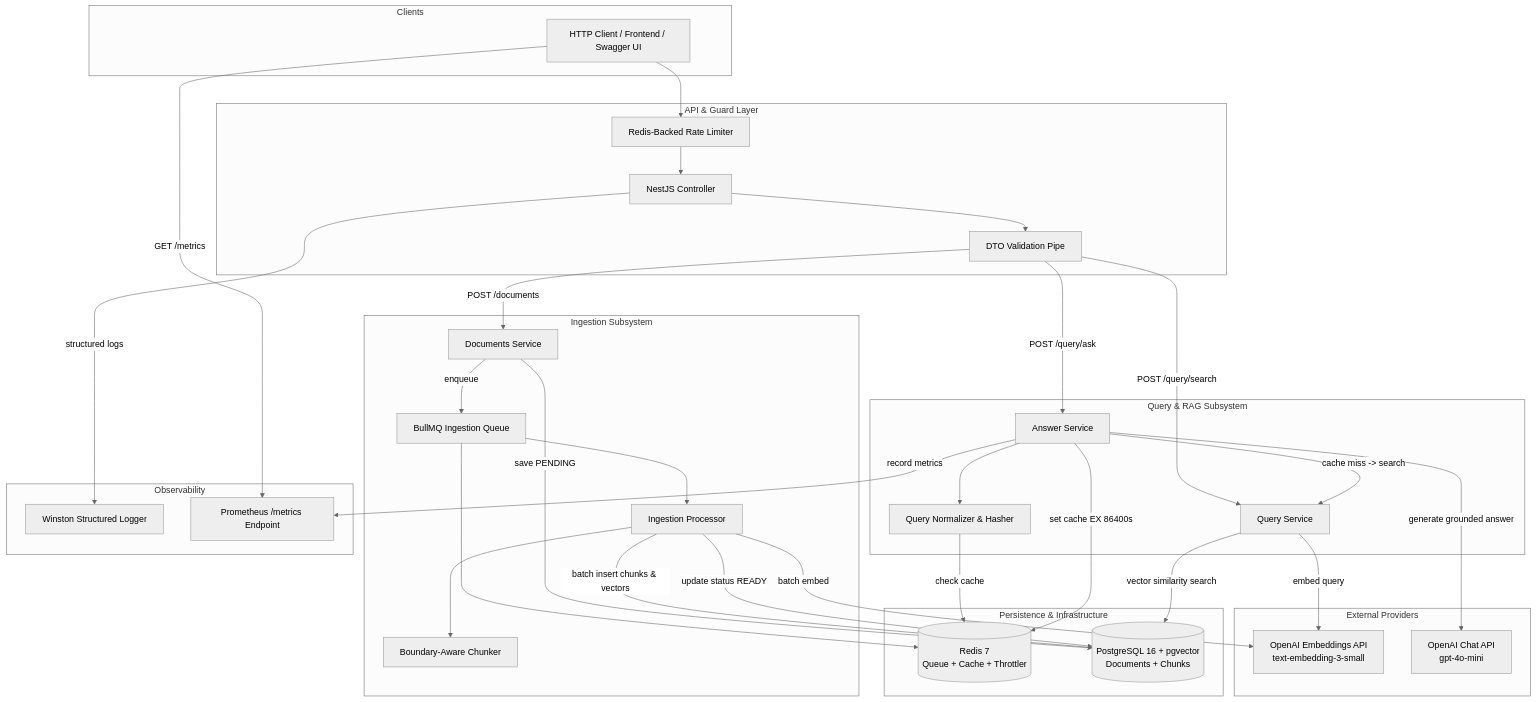
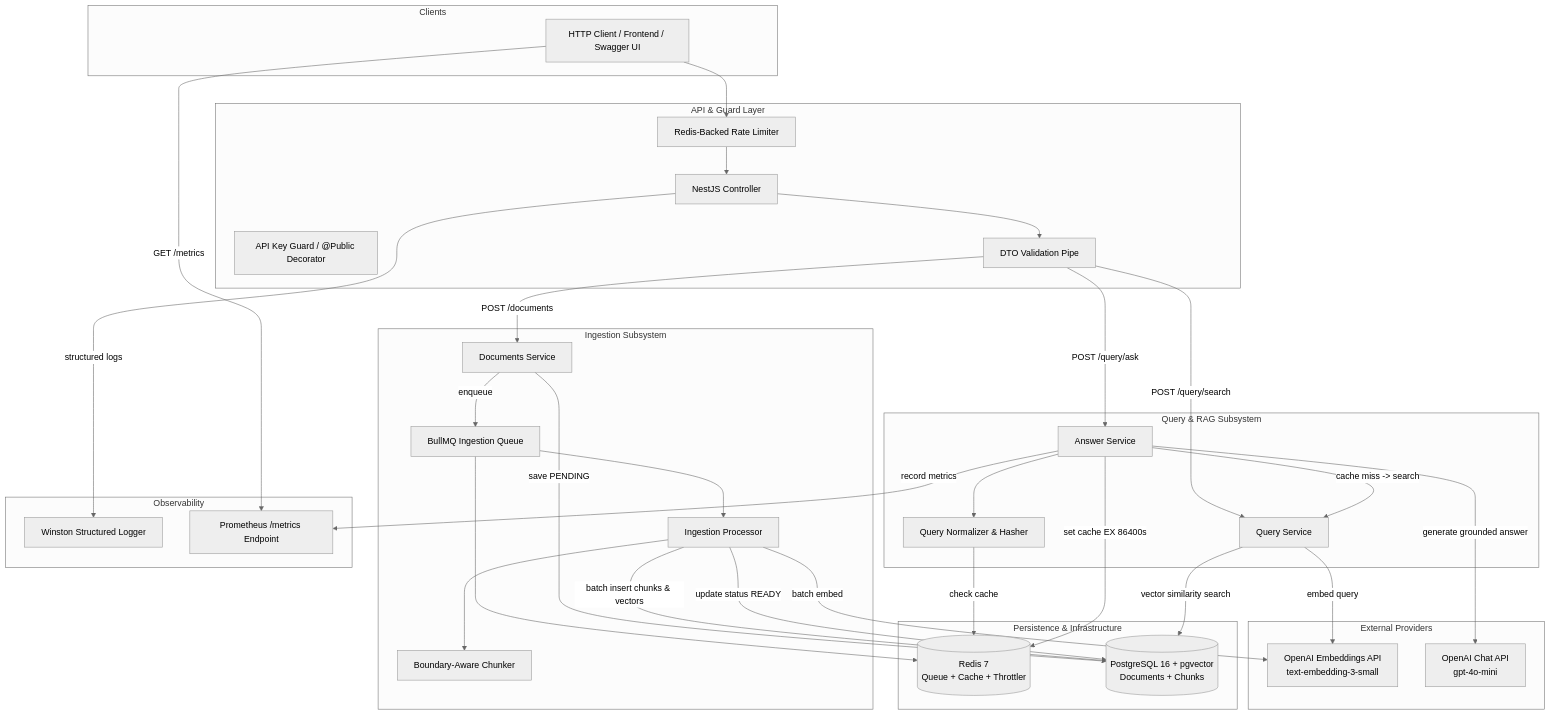
The first of 5 diagrams in README.md (mo74x/Docmind), drawn with Mermaid (neutral theme) before and after one commit. The commit also changed other lines of this file, not shown here.

````diff
--- a/README.md
+++ b/README.md
@@ -67,71 +75,72 @@
 ```mermaid
 graph TB
     subgraph "Clients"
         CLIENT[HTTP Client / Frontend / Swagger UI]
     end
 
     subgraph "API & Guard Layer"
         GATEWAY[NestJS Controller]
+        AUTH[API Key Guard / @Public Decorator]
         THROTTLE[Redis-Backed Rate Limiter]
         VALIDATION[DTO Validation Pipe]
     end
 
     subgraph "Ingestion Subsystem"
         DOC_SVC[Documents Service]
         BULLMQ[BullMQ Ingestion Queue]
         WORKER[Ingestion Processor]
         CHUNKER[Boundary-Aware Chunker]
     end
 
     subgraph "Query & RAG Subsystem"
         QUERY_SVC[Query Service]
         ANSWER_SVC[Answer Service]
         NORMALIZER[Query Normalizer & Hasher]
     end
 
     subgraph "Observability"
         WINSTON[Winston Structured Logger]
         PROM[Prometheus /metrics Endpoint]
     end
 
     subgraph "External Providers"
         OPENAI_EMBED[OpenAI Embeddings API<br/>text-embedding-3-small]
         OPENAI_CHAT[OpenAI Chat API<br/>gpt-4o-mini]
     end
 
     subgraph "Persistence & Infrastructure"
         REDIS[(Redis 7<br/>Queue + Cache + Throttler)]
         PG[(PostgreSQL 16 + pgvector<br/>Documents + Chunks)]
     end
 
     CLIENT --> THROTTLE
     THROTTLE --> GATEWAY
     GATEWAY --> VALIDATION
 
     %% Ingestion Flow
     VALIDATION -->|POST /documents| DOC_SVC
     DOC_SVC -->|save PENDING| PG
     DOC_SVC -->|enqueue| BULLMQ
     BULLMQ --> REDIS
     BULLMQ --> WORKER
     WORKER --> CHUNKER
     WORKER -->|batch embed| OPENAI_EMBED
     WORKER -->|batch insert chunks & vectors| PG
     WORKER -->|update status READY| PG
 
     %% Query & Answer Flow
     VALIDATION -->|POST /query/search| QUERY_SVC
     VALIDATION -->|POST /query/ask| ANSWER_SVC
     ANSWER_SVC --> NORMALIZER
     NORMALIZER -->|check cache| REDIS
     ANSWER_SVC -->|cache miss -> search| QUERY_SVC
     QUERY_SVC -->|embed query| OPENAI_EMBED
     QUERY_SVC -->|vector similarity search| PG
     ANSWER_SVC -->|generate grounded answer| OPENAI_CHAT
     ANSWER_SVC -->|set cache EX 86400s| REDIS
 
     %% Observability
     ANSWER_SVC -->|record metrics| PROM
     GATEWAY -->|structured logs| WINSTON
     CLIENT -->|GET /metrics| PROM
 ```
````
